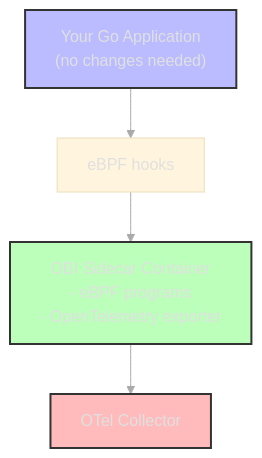
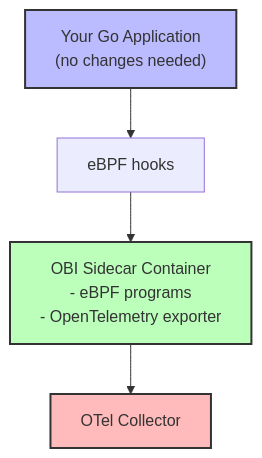
The third of 4 diagrams in presentation.md (hannahkm/fosdem-2026), drawn with Mermaid before and after one commit. The commit also changed other lines of this file, not shown here.

````diff
--- a/presentation.md
+++ b/presentation.md
@@ -594,16 +471,15 @@
 ```mermaid
-%%{init: {'theme': 'base', 'themeVariables': { 'background': '#2a2a3d', 'primaryTextColor': '#e0e0e0', 'lineColor': '#aaa' }}}%%
 graph TB
     app["Your Go Application<br/>(no changes needed)"]
     ebpf[eBPF hooks]
     sidecar["OBI Sidecar Container<br/>- eBPF programs<br/>- OpenTelemetry exporter"]
     collector[OTel Collector]
 
     app --> ebpf
     ebpf --> sidecar
     sidecar --> collector
 
     style app fill:#bbf,stroke:#333,stroke-width:2px
     style sidecar fill:#bfb,stroke:#333,stroke-width:2px
     style collector fill:#fbb,stroke:#333,stroke-width:2px
 ```
````
